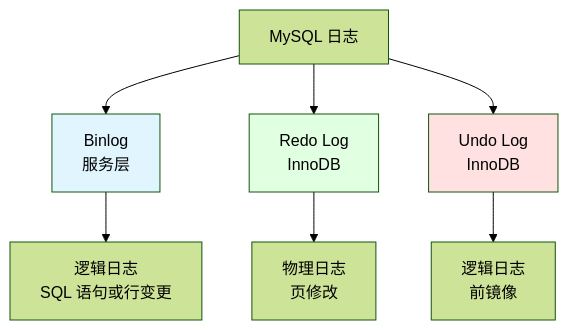
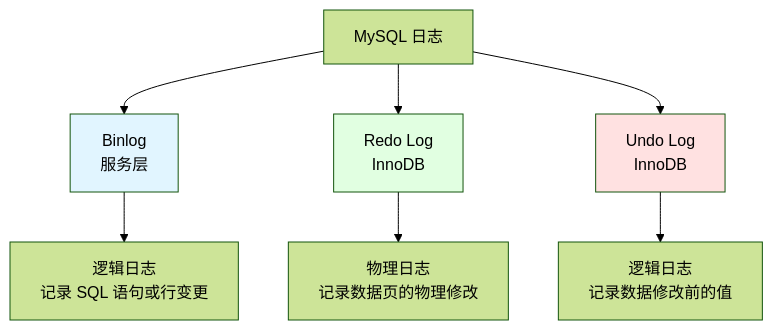
Before and after one commit to YiWang24/AiDIY: the first of 3 diagrams in i18n/zh-Hans/docusaurus-plugin-content-docs/current/cs/database/mysql/logging-replication.mdx, drawn with Mermaid (forest theme). The commit also changed other lines of this file and 59 other files, not shown here.

````diff
--- a/i18n/zh-Hans/docusaurus-plugin-content-docs/current/cs/database/mysql/logging-replication.mdx
+++ b/i18n/zh-Hans/docusaurus-plugin-content-docs/current/cs/database/mysql/logging-replication.mdx
@@ -26,14 +23,14 @@
 ```mermaid
 graph TD
     A[MySQL 日志] --> B[Binlog<br/>服务层]
     A --> C[Redo Log<br/>InnoDB]
     A --> D[Undo Log<br/>InnoDB]
 
-    B --> E[逻辑日志<br/>SQL 语句或行变更]
-    C --> F[物理日志<br/>页修改]
-    D --> G[逻辑日志<br/>前镜像]
+    B --> E[逻辑日志<br/>记录 SQL 语句或行变更]
+    C --> F[物理日志<br/>记录数据页的物理修改]
+    D --> G[逻辑日志<br/>记录数据修改前的值]
 
     style B fill:#e1f5ff
     style C fill:#e1ffe1
     style D fill:#ffe1e1
 ```
````
